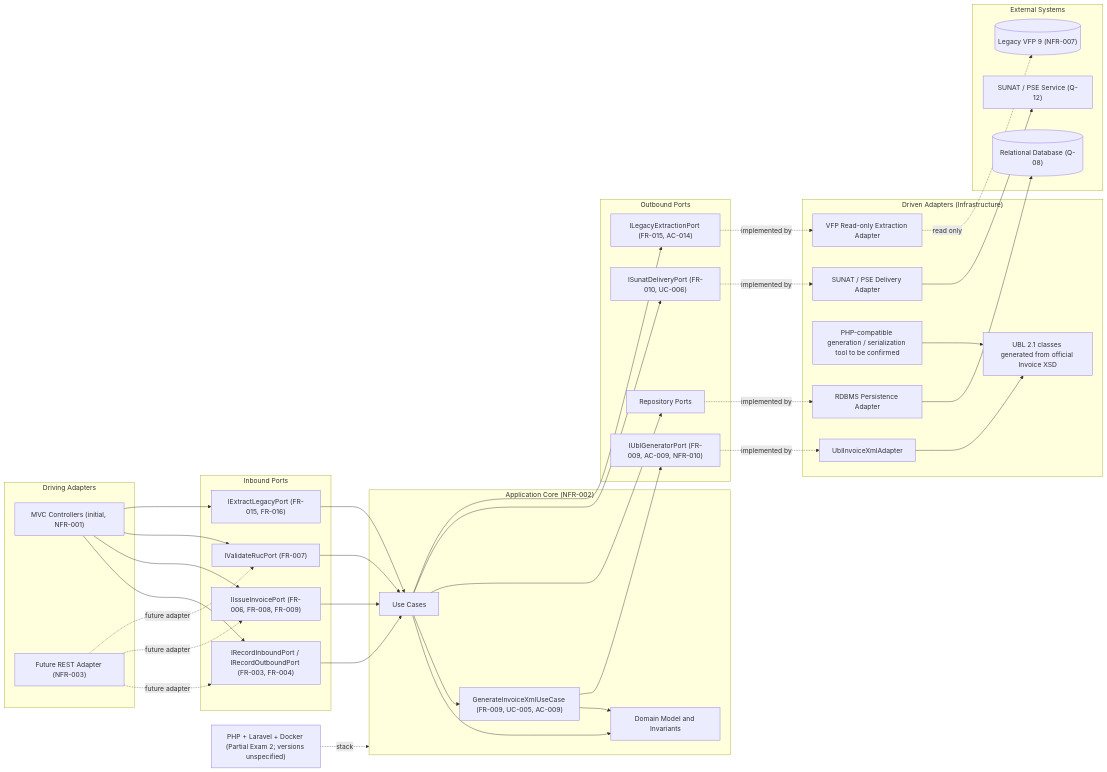
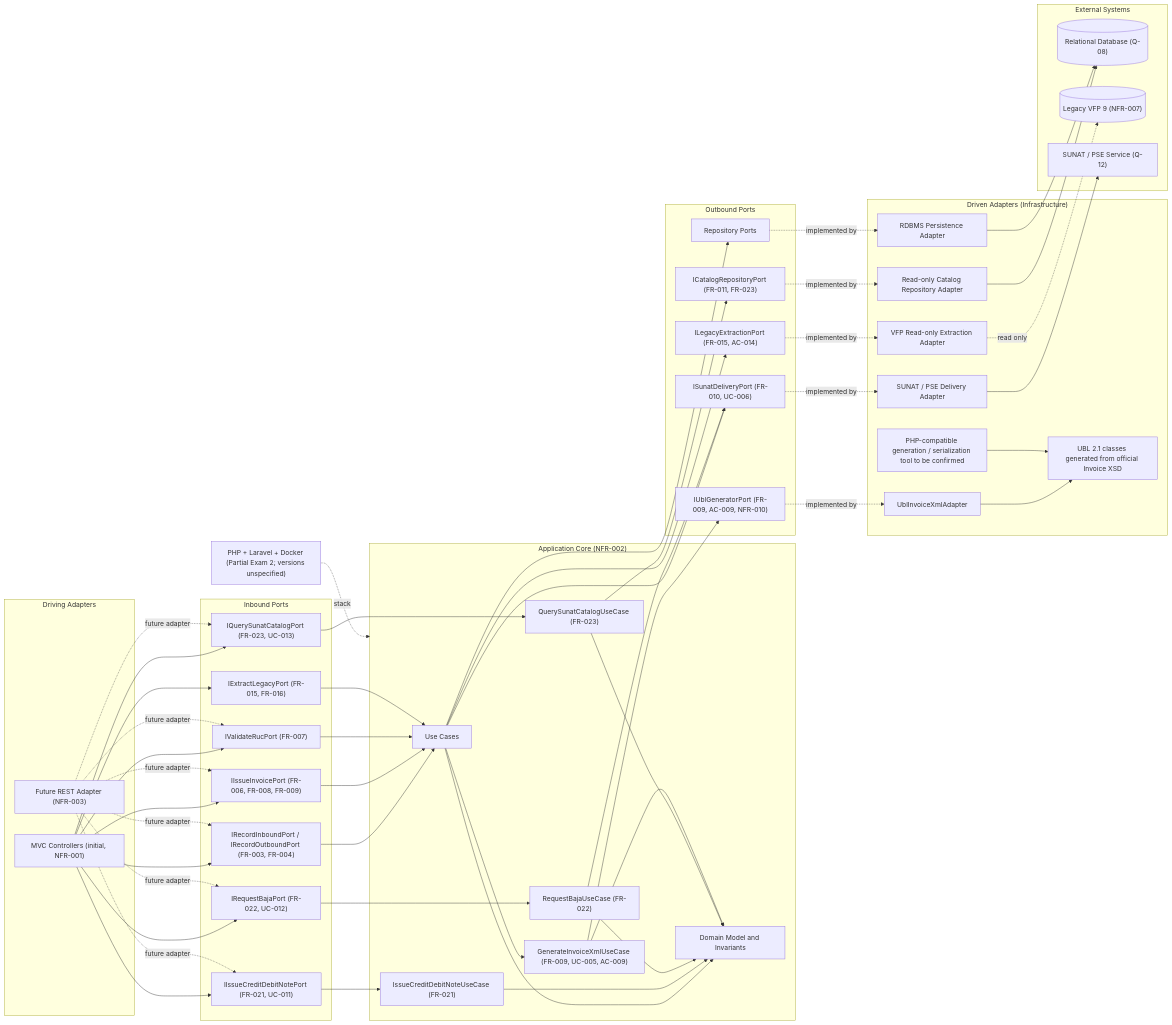
The diagram in diagrams/future-hexagonal.mmd (Quiroga07/Examen), drawn with Mermaid before and after one commit. The commit also changed 14 other files, not shown here.

```diff
--- a/diagrams/future-hexagonal.mmd
+++ b/diagrams/future-hexagonal.mmd
@@ -1,71 +1,95 @@
 flowchart LR
     Stack["PHP + Laravel + Docker (Partial Exam 2; versions unspecified)"]
 
     subgraph Driving["Driving Adapters"]
         Mvc["MVC Controllers (initial, NFR-001)"]
         Rest["Future REST Adapter (NFR-003)"]
     end
 
     subgraph Inbound["Inbound Ports"]
         MovementPorts["IRecordInboundPort / IRecordOutboundPort (FR-003, FR-004)"]
         InvoicePort["IIssueInvoicePort (FR-006, FR-008, FR-009)"]
         RucPort["IValidateRucPort (FR-007)"]
+        NotePort["IIssueCreditDebitNotePort (FR-021, UC-011)"]
+        BajaPort["IRequestBajaPort (FR-022, UC-012)"]
+        CatalogPort["IQuerySunatCatalogPort (FR-023, UC-013)"]
         MigrationPort["IExtractLegacyPort (FR-015, FR-016)"]
     end
 
     subgraph Core["Application Core (NFR-002)"]
         UseCases["Use Cases"]
         Domain["Domain Model and Invariants"]
         GenerateXml["GenerateInvoiceXmlUseCase (FR-009, UC-005, AC-009)"]
+        NoteUseCase["IssueCreditDebitNoteUseCase (FR-021)"]
+        BajaUseCase["RequestBajaUseCase (FR-022)"]
+        CatalogUseCase["QuerySunatCatalogUseCase (FR-023)"]
     end
 
     subgraph Outbound["Outbound Ports"]
         RepositoryPorts["Repository Ports"]
+        CatalogRepositoryPort["ICatalogRepositoryPort (FR-011, FR-023)"]
         XmlPort["IUblGeneratorPort (FR-009, AC-009, NFR-010)"]
         DeliveryPort["ISunatDeliveryPort (FR-010, UC-006)"]
         LegacyPort["ILegacyExtractionPort (FR-015, AC-014)"]
     end
 
     subgraph Driven["Driven Adapters (Infrastructure)"]
         RepositoryAdapter["RDBMS Persistence Adapter"]
+        CatalogRepository["Read-only Catalog Repository Adapter"]
         XmlAdapter["UblInvoiceXmlAdapter"]
         UblTypes["UBL 2.1 classes generated from official Invoice XSD"]
         PhpTool["PHP-compatible generation / serialization tool to be confirmed"]
         SunatAdapter["SUNAT / PSE Delivery Adapter"]
         LegacyAdapter["VFP Read-only Extraction Adapter"]
     end
 
     subgraph Systems["External Systems"]
         Database[("Relational Database (Q-08)")]
         Vfp[("Legacy VFP 9 (NFR-007)")]
         Sunat["SUNAT / PSE Service (Q-12)"]
     end
 
     Stack -. stack .-> Core
     Mvc --> MovementPorts
     Mvc --> InvoicePort
     Mvc --> RucPort
+    Mvc --> NotePort
+    Mvc --> BajaPort
+    Mvc --> CatalogPort
     Mvc --> MigrationPort
     Rest -. future adapter .-> MovementPorts
     Rest -. future adapter .-> InvoicePort
     Rest -. future adapter .-> RucPort
+    Rest -. future adapter .-> NotePort
+    Rest -. future adapter .-> BajaPort
+    Rest -. future adapter .-> CatalogPort
     MovementPorts --> UseCases
     InvoicePort --> UseCases
     RucPort --> UseCases
+    NotePort --> NoteUseCase
+    BajaPort --> BajaUseCase
+    CatalogPort --> CatalogUseCase
     MigrationPort --> UseCases
     UseCases --> Domain
+    NoteUseCase --> Domain
+    BajaUseCase --> Domain
+    CatalogUseCase --> Domain
     UseCases --> GenerateXml
     GenerateXml --> Domain
     GenerateXml --> XmlPort
     XmlPort -. implemented by .-> XmlAdapter
     XmlAdapter --> UblTypes
     PhpTool --> UblTypes
     UseCases --> RepositoryPorts
+    CatalogUseCase --> CatalogRepositoryPort
     RepositoryPorts -. implemented by .-> RepositoryAdapter
+    CatalogRepositoryPort -. implemented by .-> CatalogRepository
+    CatalogRepository --> Database
     RepositoryAdapter --> Database
     UseCases --> DeliveryPort
+    BajaUseCase --> DeliveryPort
     DeliveryPort -. implemented by .-> SunatAdapter
     SunatAdapter --> Sunat
     UseCases --> LegacyPort
     LegacyPort -. implemented by .-> LegacyAdapter
     LegacyAdapter -. read only .-> Vfp
```
